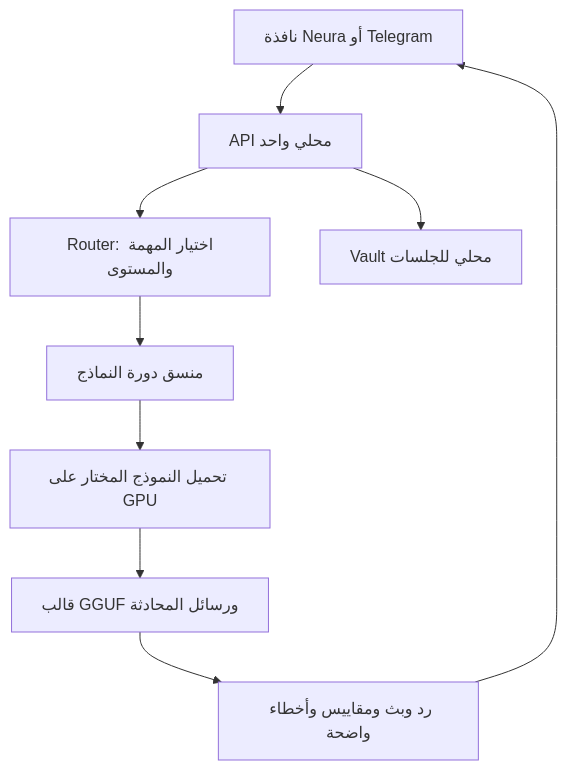
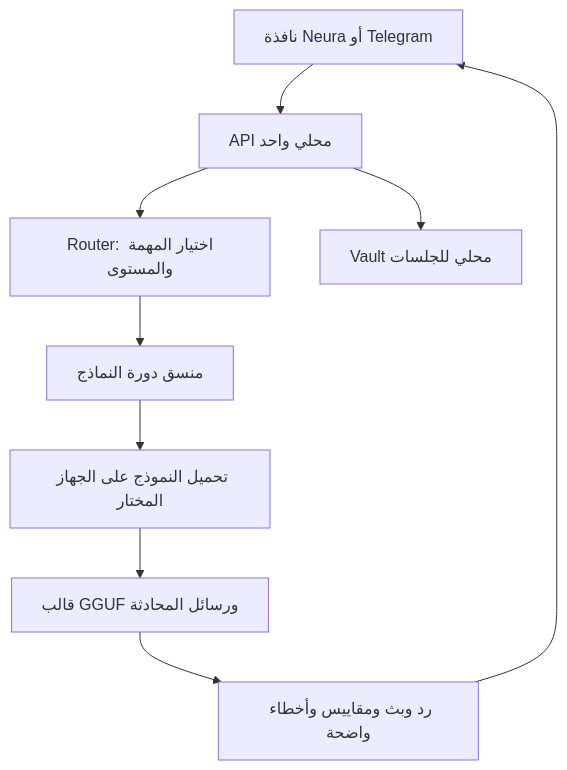
Before and after one commit to MOOODEGRX-nah/Halawa-neura: the diagram in README.md, drawn with Mermaid. The commit also changed 2 other files, not shown here.

Commit message:
Record current 0.4.7 model, UI and 109-item acceptance evidence

````diff
--- a/README.md
+++ b/README.md
@@ -87,11 +87,11 @@
 ```mermaid
 flowchart TD
     A[نافذة Neura أو Telegram] --> B[API محلي واحد]
     B --> C[Router: اختيار المهمة والمستوى]
     C --> D[منسق دورة النماذج]
-    D --> E[تحميل النموذج المختار على GPU]
+    D --> E[تحميل النموذج على الجهاز المختار]
     E --> F[قالب GGUF ورسائل المحادثة]
     F --> G[رد وبث ومقاييس وأخطاء واضحة]
     G --> A
     B --> H[Vault محلي للجلسات]
 ```
````
